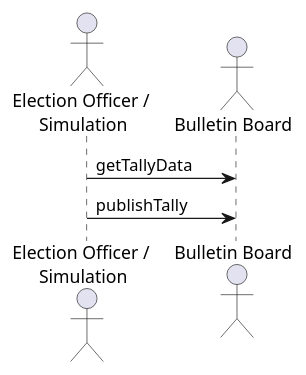
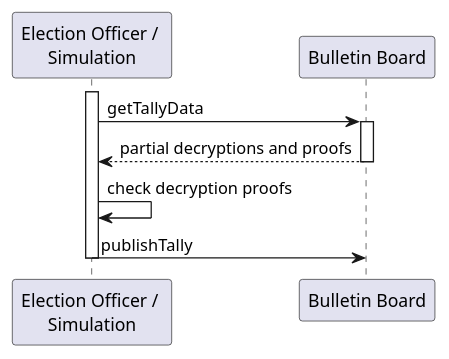
One commit to republique-et-canton-de-geneve/chvote-protocol-poc changed the diagram in doc/sequence/Tallying.puml. Above: the diagram before and after it, drawn with PlantUML. The commit also changed 11 other files, not shown here.

Commit message:
Improve sequence diagrams

```diff
--- a/doc/sequence/Tallying.puml
+++ b/doc/sequence/Tallying.puml
@@ -1,8 +1,16 @@
 @startuml
-actor "Election Officer / \nSimulation" as eo
-actor "Bulletin Board" as bb
+participant "Election Officer / \nSimulation" as eo
+participant "Bulletin Board" as bb
 
+activate eo
 eo -> bb : getTallyData
+activate bb
+bb --> eo : partial decryptions and proofs
+deactivate bb
+
+eo -> eo : check decryption proofs
+
 eo -> bb : publishTally
+deactivate eo
 
 @enduml
```
